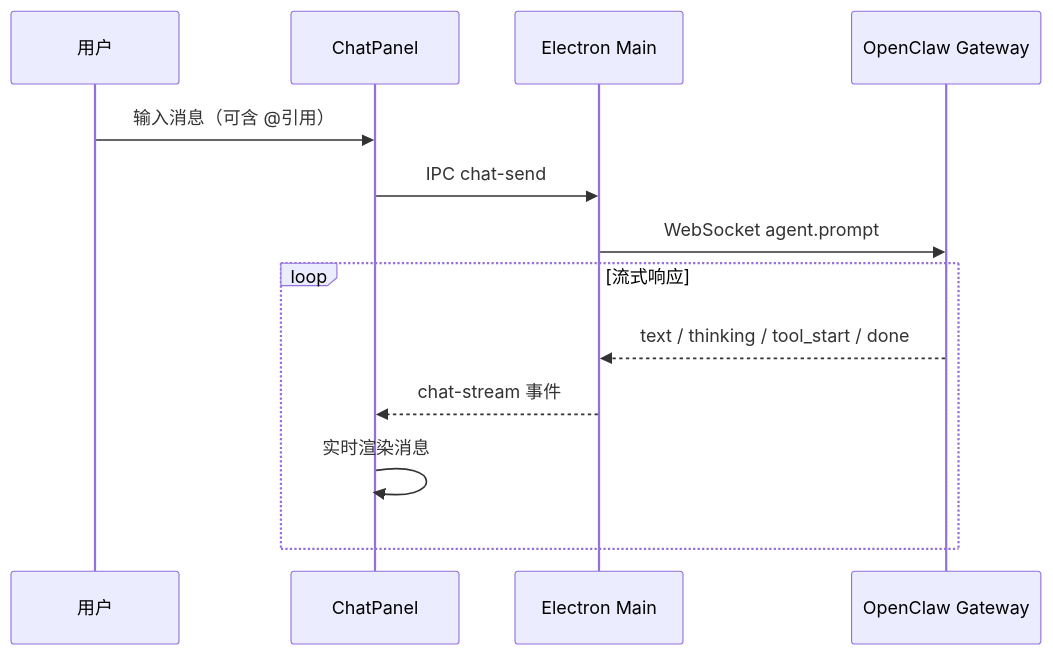
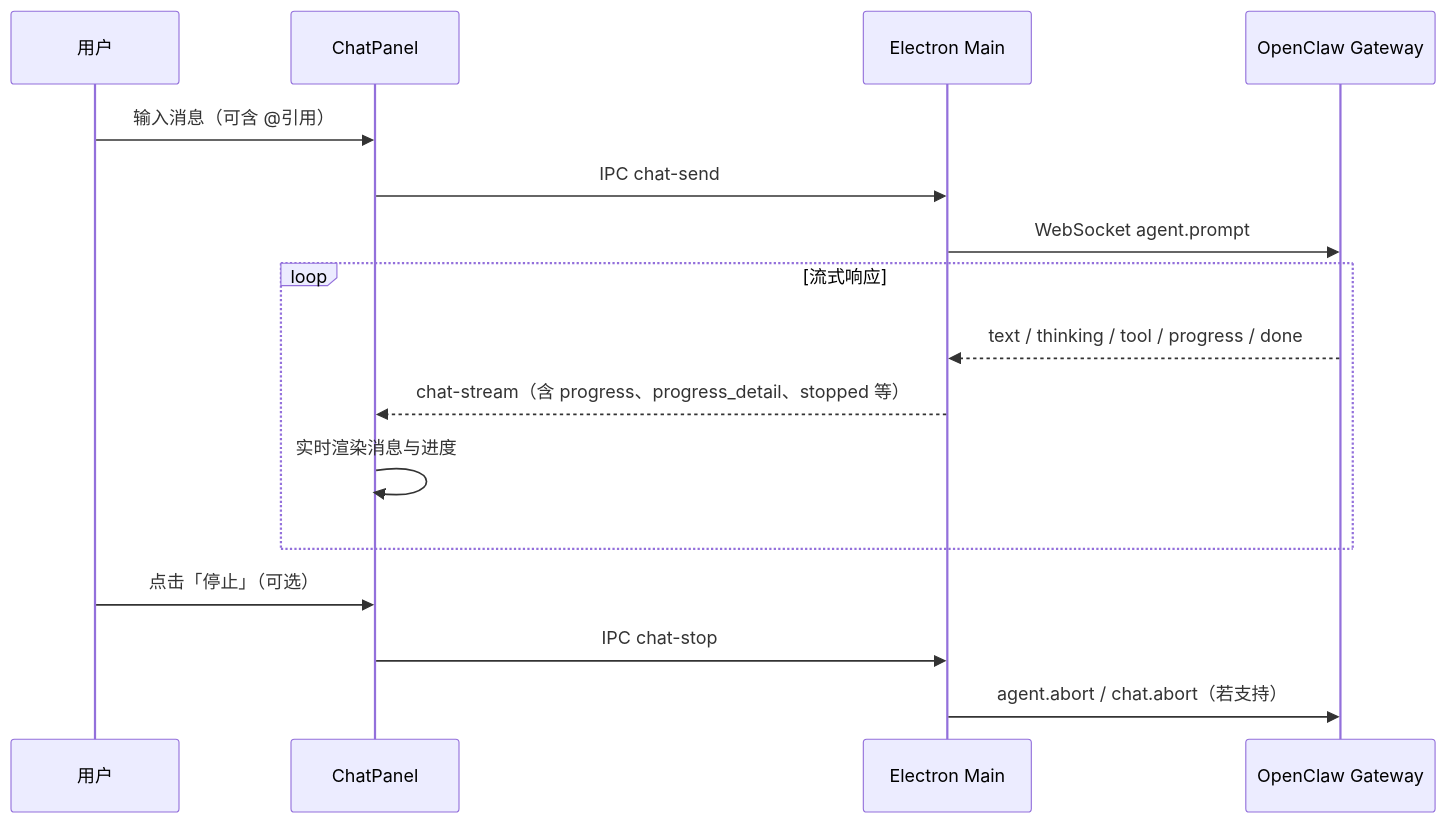
One commit to bolecodex/volcano-videocut-openclaw changed the third of 3 diagrams in README.md. Above: the diagram before and after it, drawn with Mermaid. The commit also changed other lines of this file, not shown here.

First line of the commit message:
docs: document Agent chat stop, progress, @ highlight, IPC

````diff
--- a/README.md
+++ b/README.md
@@ -183,16 +190,19 @@
 ```mermaid
 sequenceDiagram
     participant User as 用户
     participant UI as ChatPanel
     participant Main as Electron Main
     participant GW as OpenClaw Gateway
 
     User->>UI: 输入消息（可含 @引用）
     UI->>Main: IPC chat-send
     Main->>GW: WebSocket agent.prompt
     loop 流式响应
-        GW-->>Main: text / thinking / tool_start / done
-        Main-->>UI: chat-stream 事件
-        UI->>UI: 实时渲染消息
+        GW-->>Main: text / thinking / tool / progress / done
+        Main-->>UI: chat-stream（含 progress、progress_detail、stopped 等）
+        UI->>UI: 实时渲染消息与进度
     end
+    User->>UI: 点击「停止」（可选）
+    UI->>Main: IPC chat-stop
+    Main->>GW: agent.abort / chat.abort（若支持）
 ```
````
